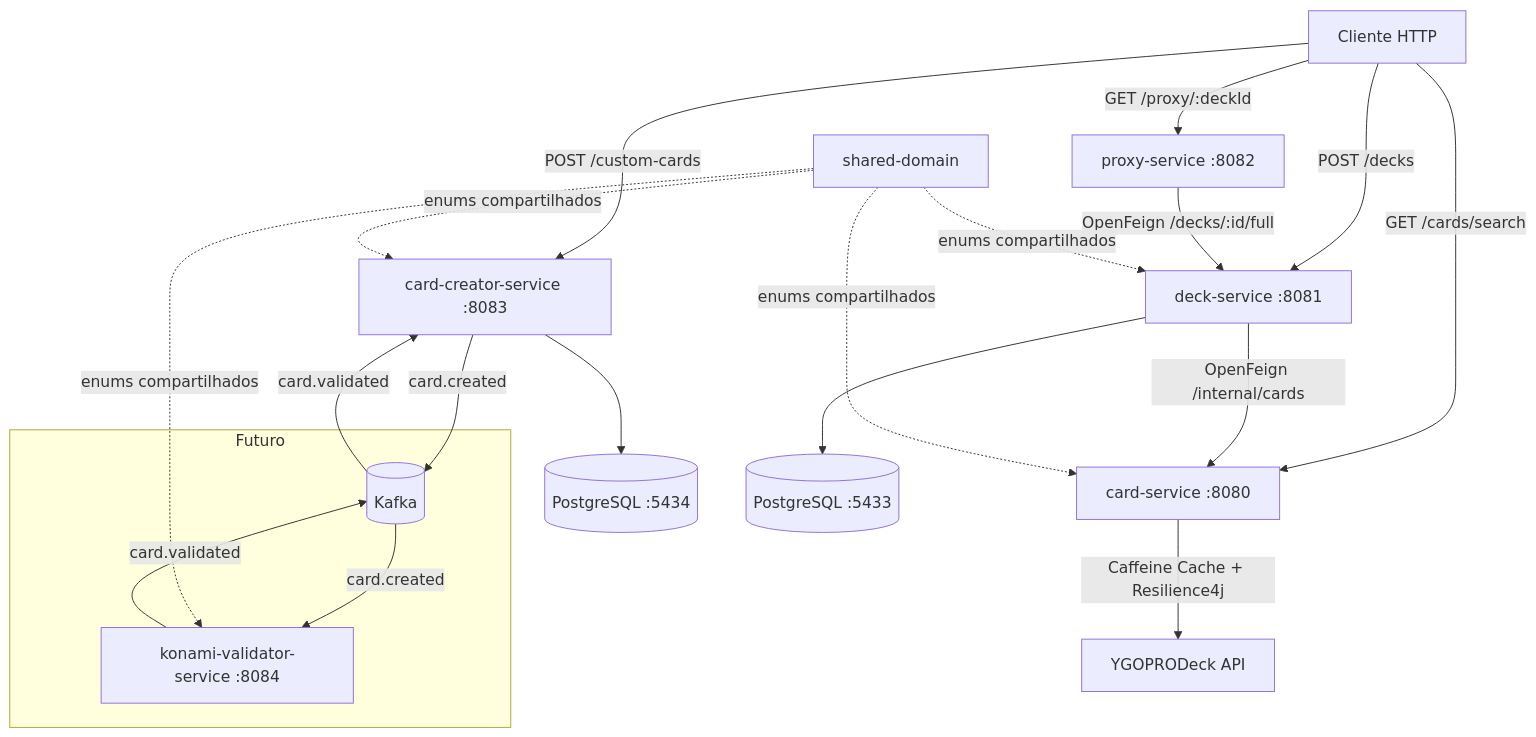
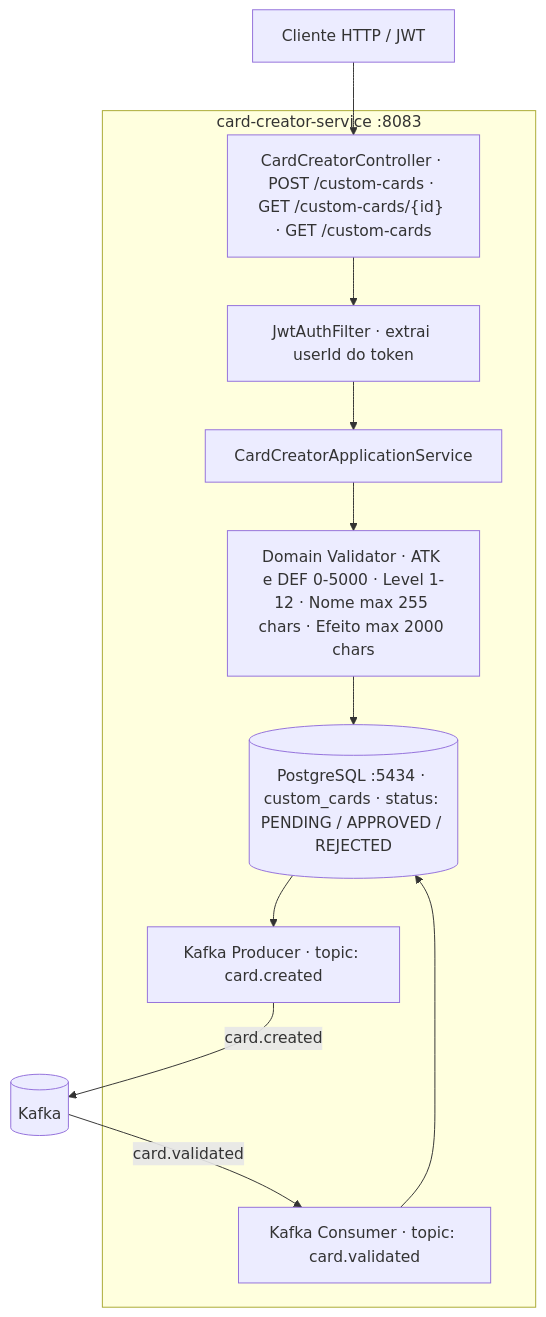
The sixth of 8 diagrams in README.md (odevpedro/yu-gi-oh-deck-management), drawn with Mermaid before and after one commit. The commit also changed other lines of this file, not shown here.

````diff
--- a/README.md
+++ b/README.md
@@ -41,31 +276,24 @@
 ```mermaid
-graph TD
-    User["Cliente HTTP"]
+graph TB
+    Client["Cliente HTTP / JWT"]
 
-    User -->|GET /cards/search| CS[card-service :8080]
-    User -->|POST /decks| DS[deck-service :8081]
-    User -->|POST /custom-cards| CCS[card-creator-service :8083]
-    User -->|GET /proxy/:deckId| PS[proxy-service :8082]
-
-    CS -->|Caffeine Cache + Resilience4j| YGO[YGOPRODeck API]
-    DS -->|OpenFeign /internal/cards| CS
-    PS -->|OpenFeign /decks/:id/full| DS
-
-    CCS -->|card.created| Kafka[(Kafka)]
-    Kafka -->|card.validated| CCS
-
-    subgraph "Futuro"
-        KV[konami-validator-service :8084]
-        Kafka -->|card.created| KV
-        KV -->|card.validated| Kafka
+    subgraph card-creator-service["card-creator-service :8083"]
+        Controller["CardCreatorController · POST /custom-cards · GET /custom-cards/{id} · GET /custom-cards"]
+        JWT["JwtAuthFilter · extrai userId do token"]
+        Service["CardCreatorApplicationService"]
+        DomainVal["Domain Validator · ATK e DEF 0-5000 · Level 1-12 · Nome max 255 chars · Efeito max 2000 chars"]
+        DB[("PostgreSQL :5434 · custom_cards · status: PENDING / APPROVED / REJECTED")]
+        Publisher["Kafka Producer · topic: card.created"]
+        Consumer["Kafka Consumer · topic: card.validated"]
+        Controller --> JWT
+        JWT --> Service
+        Service --> DomainVal
+        DomainVal --> DB
+        DB --> Publisher
+        Consumer --> DB
     end
 
-    CCS --> CreatorDB[(PostgreSQL :5434)]
-    DS --> DeckDB[(PostgreSQL :5433)]
-
-    SD[shared-domain]
-    SD -.->|enums compartilhados| CS
-    SD -.->|enums compartilhados| CCS
-    SD -.->|enums compartilhados| DS
-    SD -.->|enums compartilhados| KV
+    Client --> Controller
+    Publisher -->|"card.created"| Kafka[("Kafka")]
+    Kafka -->|"card.validated"| Consumer
 ```
````
